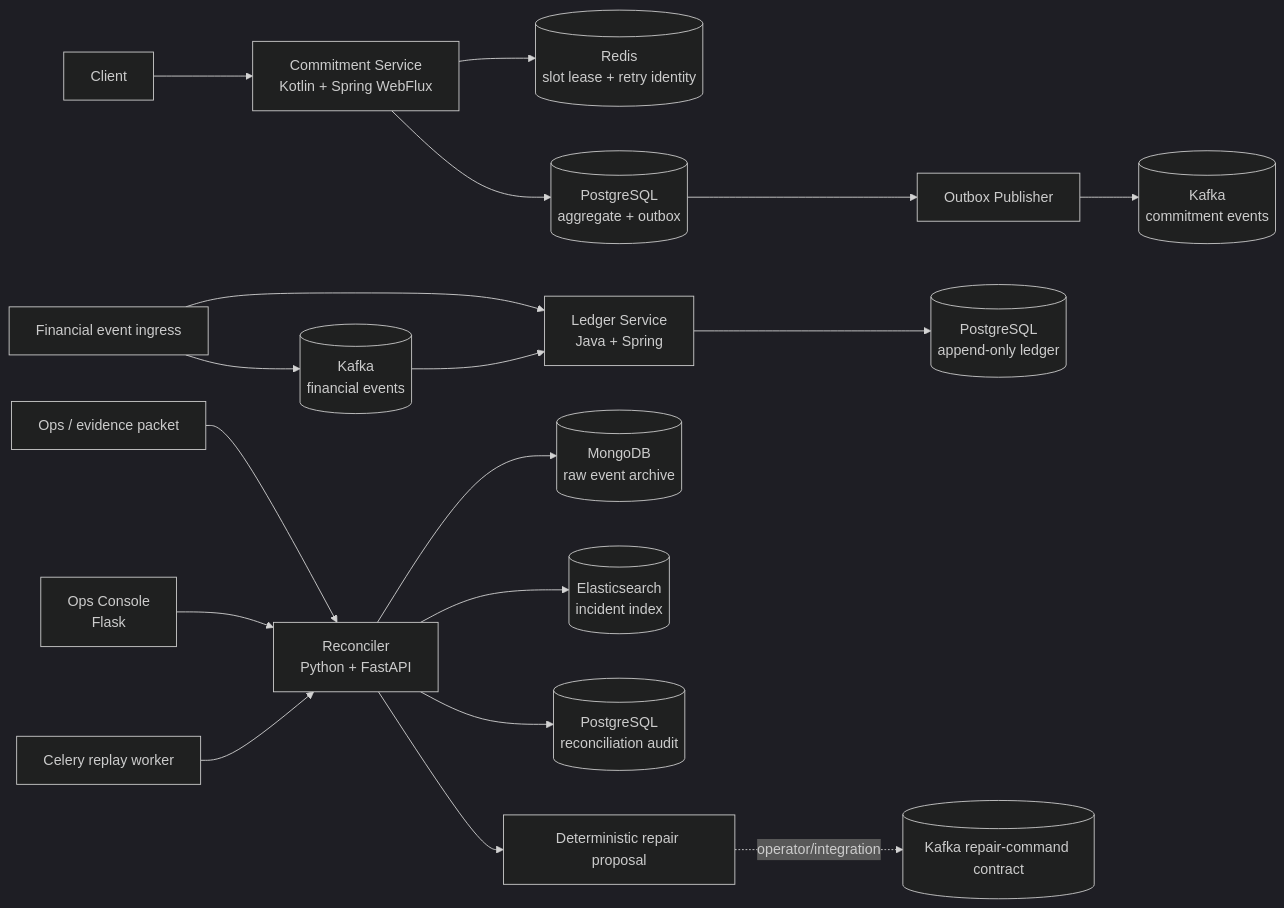
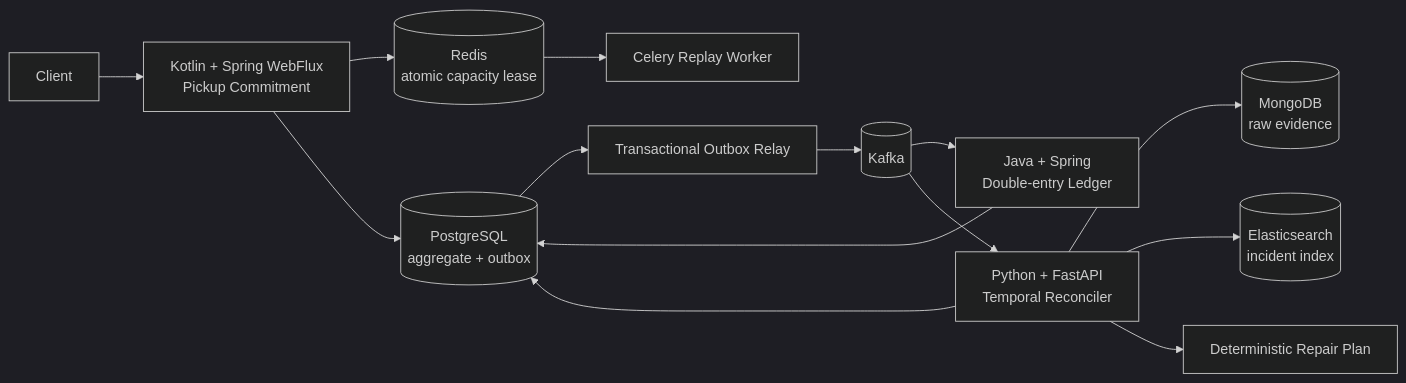
One commit to sokldjs554/pickup-pact changed the diagram in README.md. Above: the diagram before and after it, drawn with Mermaid (dark theme). The commit also changed other lines of this file, not shown here.

````diff
--- a/README.md
+++ b/README.md
@@ -54,22 +33,19 @@
 ```mermaid
 flowchart LR
-    C[Client] --> K[Commitment Service<br/>Kotlin + Spring WebFlux]
-    K --> R[(Redis<br/>slot lease + retry identity)]
-    K --> P[(PostgreSQL<br/>aggregate + outbox)]
-    P --> X[Outbox Publisher]
-    X --> KC[(Kafka<br/>commitment events)]
+    Client --> Commitment[Kotlin + Spring WebFlux<br/>Pickup Commitment]
+    Commitment --> Redis[(Redis<br/>atomic capacity lease)]
+    Commitment --> PG[(PostgreSQL<br/>aggregate + outbox)]
+    PG --> Relay[Transactional Outbox Relay]
+    Relay --> Kafka[(Kafka)]
 
-    FI[Financial event ingress] --> KF[(Kafka<br/>financial events)]
-    FI --> J[Ledger REST API]
-    KF --> J[Ledger Service<br/>Java + Spring]
-    J --> LP[(PostgreSQL<br/>append-only ledger)]
+    Kafka --> Ledger[Java + Spring<br/>Double-entry Ledger]
+    Ledger --> PG
 
-    O[Ops / evidence packet] --> Y[Reconciler<br/>Python + FastAPI]
-    F[Ops Console<br/>Flask] --> Y
-    Y --> M[(MongoDB<br/>raw event archive)]
-    Y --> E[(Elasticsearch<br/>incident index)]
-    Y --> A[(PostgreSQL<br/>reconciliation audit)]
-    W[Celery replay worker] --> Y
-    Y --> RC[Deterministic repair proposal]
-    RC -. operator/integration .-> KR[(Kafka repair-command contract)]
+    Kafka --> Reconciler[Python + FastAPI<br/>Temporal Reconciler]
+    Reconciler --> Mongo[(MongoDB<br/>raw evidence)]
+    Reconciler --> Elastic[(Elasticsearch<br/>incident index)]
+    Reconciler --> PG
+    Redis --> Celery[Celery Replay Worker]
+
+    Reconciler --> Repair[Deterministic Repair Plan]
 ```
````
